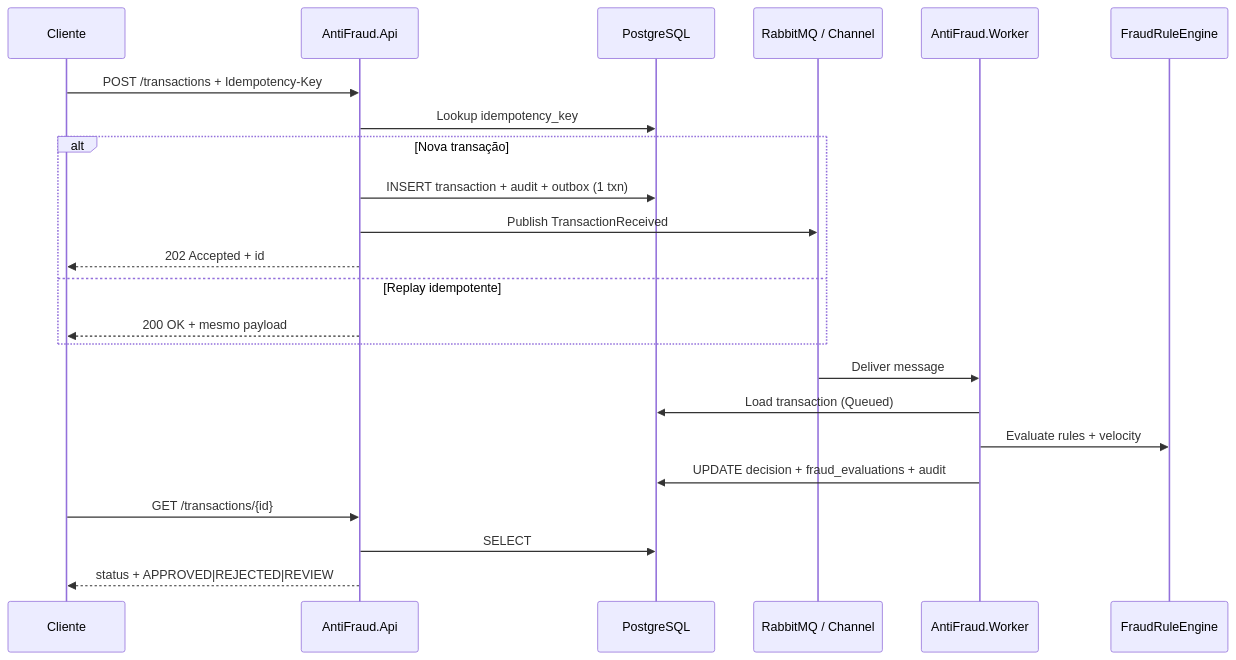
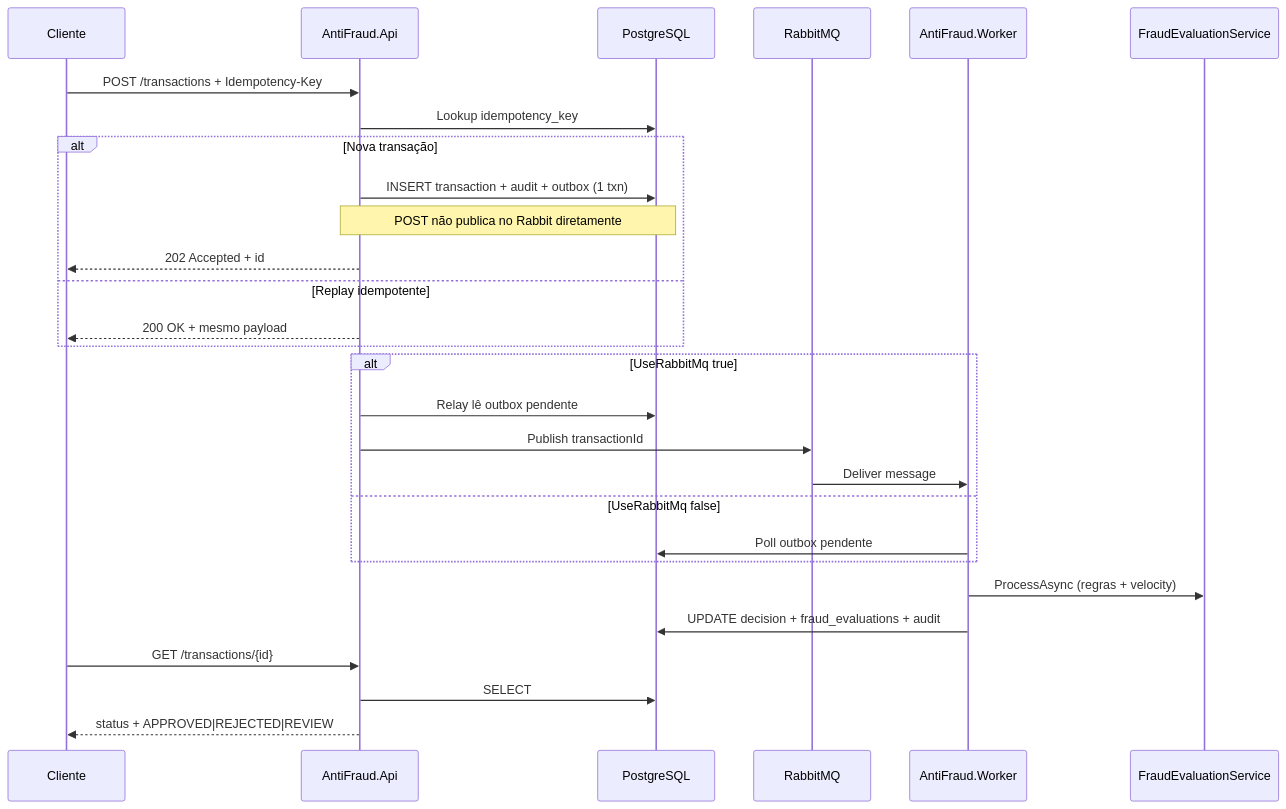
The second of 2 diagrams in README.md (BoscoBecker/Antifraude-dotnet), drawn with Mermaid before and after one commit. The commit also changed other lines of this file and 19 other files, not shown here.

````diff
--- a/README.md
+++ b/README.md
@@ -79,26 +81,33 @@
 ```mermaid
 sequenceDiagram
     participant C as Cliente
     participant API as AntiFraud.Api
     participant DB as PostgreSQL
-    participant Q as RabbitMQ / Channel
+    participant Q as RabbitMQ
     participant W as AntiFraud.Worker
-    participant R as FraudRuleEngine
+    participant EV as FraudEvaluationService
 
     C->>API: POST /transactions + Idempotency-Key
     API->>DB: Lookup idempotency_key
     alt Nova transação
         API->>DB: INSERT transaction + audit + outbox (1 txn)
-        API->>Q: Publish TransactionReceived
+        Note over API,DB: POST não publica no Rabbit diretamente
         API-->>C: 202 Accepted + id
     else Replay idempotente
         API-->>C: 200 OK + mesmo payload
     end
-    Q->>W: Deliver message
-    W->>DB: Load transaction (Queued)
-    W->>R: Evaluate rules + velocity
+
+    alt UseRabbitMq true
+        API->>DB: Relay lê outbox pendente
+        API->>Q: Publish transactionId
+        Q->>W: Deliver message
+    else UseRabbitMq false
+        W->>DB: Poll outbox pendente
+    end
+
+    W->>EV: ProcessAsync (regras + velocity)
     W->>DB: UPDATE decision + fraud_evaluations + audit
     C->>API: GET /transactions/{id}
     API->>DB: SELECT
     API-->>C: status + APPROVED|REJECTED|REVIEW
 ```
````
